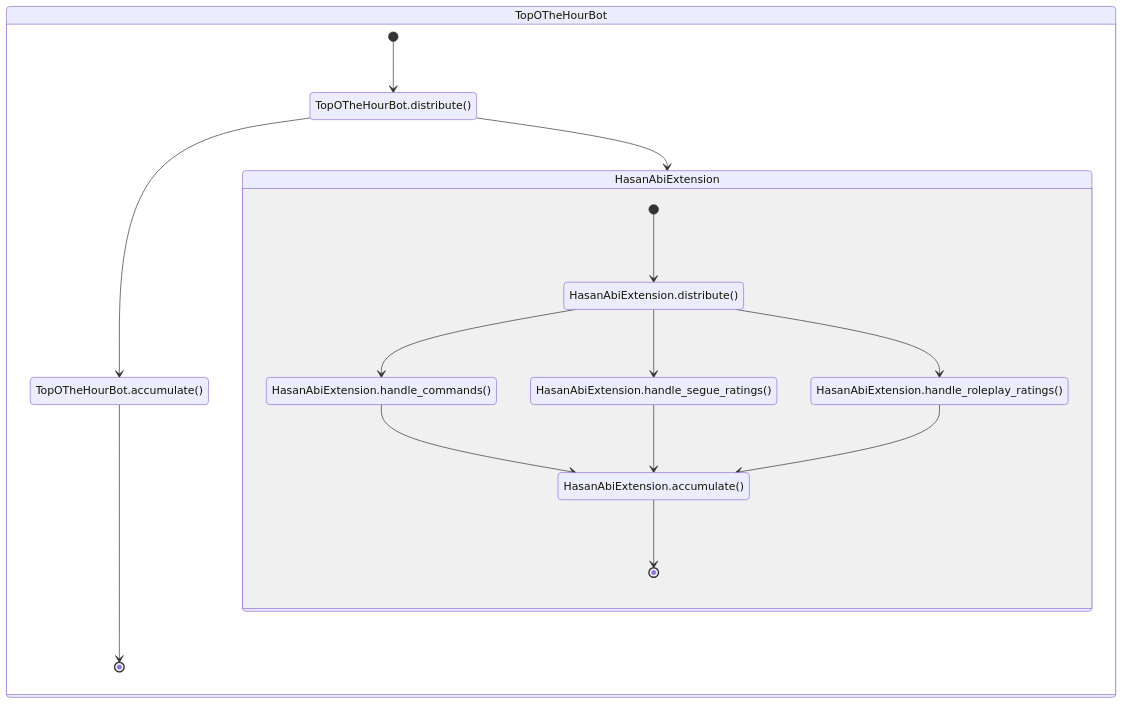
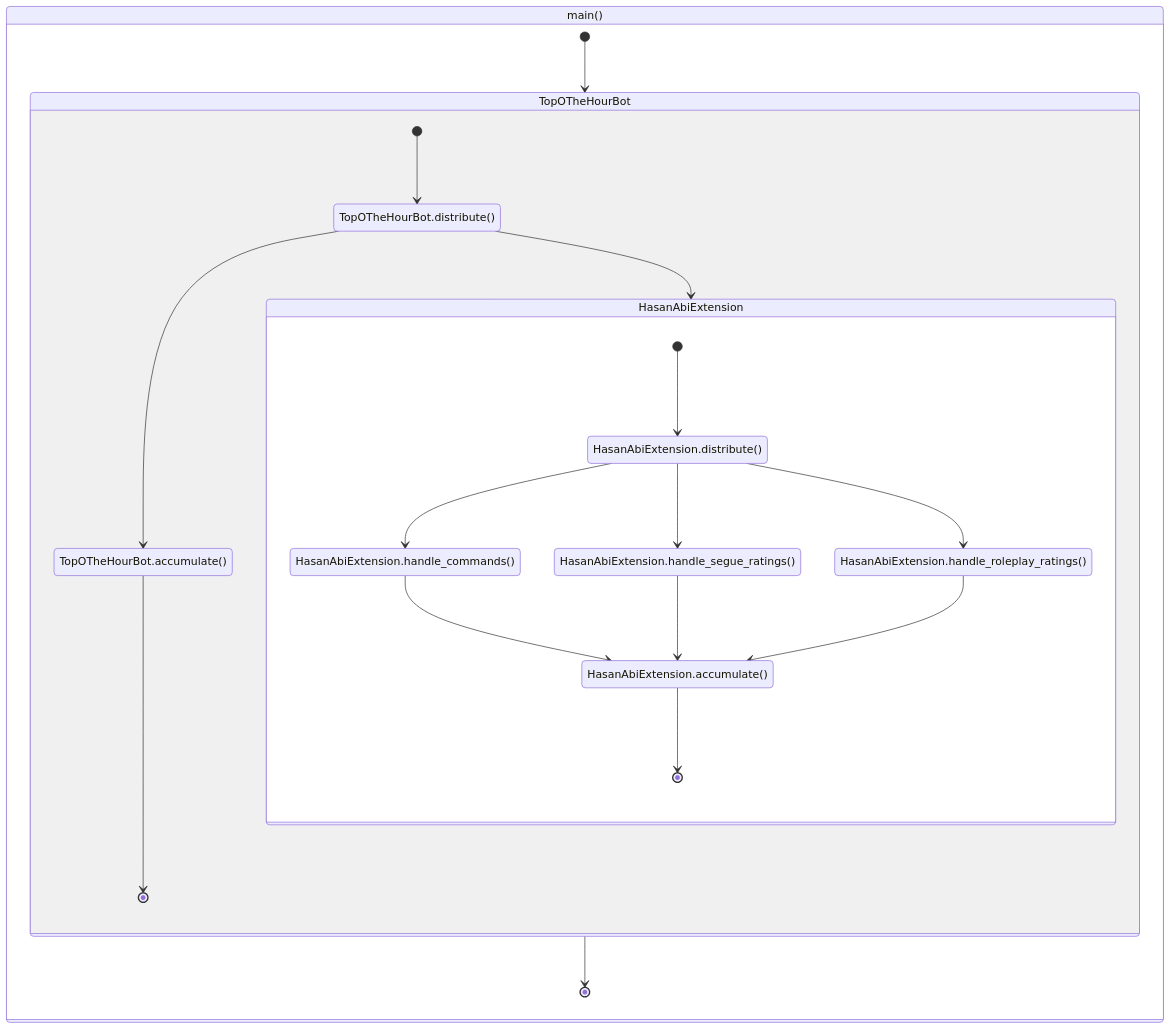
Before and after one commit to TopOTheHourBot/TopOTheHourBot: the diagram in CONTRIBUTING.md, drawn with Mermaid.

Commit message:
Wrap in `main()`

````diff
--- a/CONTRIBUTING.md
+++ b/CONTRIBUTING.md
@@ -73,19 +73,23 @@
 ```mermaid
 stateDiagram-v2
-    state TopOTheHourBot {
-        [*] --> TopOTheHourBot.distribute()
-        TopOTheHourBot.distribute() --> TopOTheHourBot.accumulate()
-        TopOTheHourBot.distribute() --> HasanAbiExtension
-        TopOTheHourBot.accumulate() --> [*]
-        state HasanAbiExtension {
-            [*] --> HasanAbiExtension.distribute()
-            HasanAbiExtension.distribute() --> HasanAbiExtension.handle_commands()
-            HasanAbiExtension.distribute() --> HasanAbiExtension.handle_segue_ratings()
-            HasanAbiExtension.distribute() --> HasanAbiExtension.handle_roleplay_ratings()
-            HasanAbiExtension.handle_commands() --> HasanAbiExtension.accumulate()
-            HasanAbiExtension.handle_segue_ratings() --> HasanAbiExtension.accumulate()
-            HasanAbiExtension.handle_roleplay_ratings() --> HasanAbiExtension.accumulate()
-            HasanAbiExtension.accumulate() --> [*]
+    state main() {
+        [*] --> TopOTheHourBot
+        TopOTheHourBot --> [*]
+        state TopOTheHourBot {
+            [*] --> TopOTheHourBot.distribute()
+            TopOTheHourBot.distribute() --> TopOTheHourBot.accumulate()
+            TopOTheHourBot.distribute() --> HasanAbiExtension
+            TopOTheHourBot.accumulate() --> [*]
+            state HasanAbiExtension {
+                [*] --> HasanAbiExtension.distribute()
+                HasanAbiExtension.distribute() --> HasanAbiExtension.handle_commands()
+                HasanAbiExtension.distribute() --> HasanAbiExtension.handle_segue_ratings()
+                HasanAbiExtension.distribute() --> HasanAbiExtension.handle_roleplay_ratings()
+                HasanAbiExtension.handle_commands() --> HasanAbiExtension.accumulate()
+                HasanAbiExtension.handle_segue_ratings() --> HasanAbiExtension.accumulate()
+                HasanAbiExtension.handle_roleplay_ratings() --> HasanAbiExtension.accumulate()
+                HasanAbiExtension.accumulate() --> [*]
+            }
         }
     }
 ```
````
